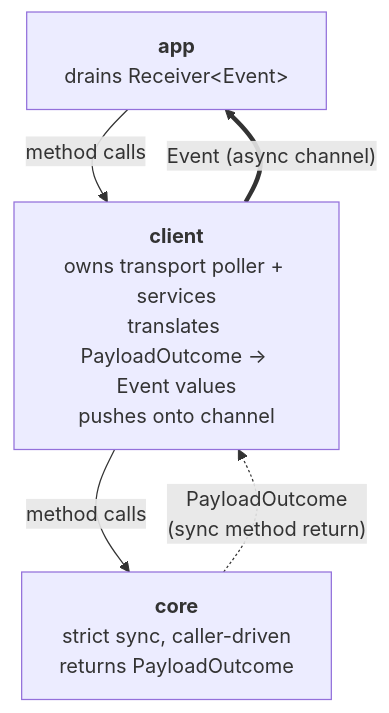
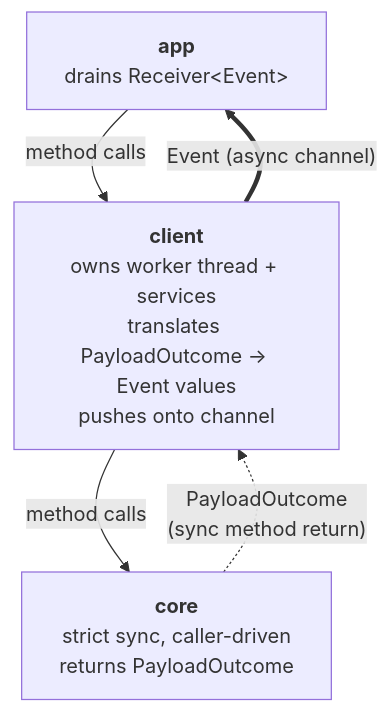
Before and after one commit to logos-messaging/libchat: the first of 2 diagrams in docs/adr/0001-client-event-system.md, drawn with Mermaid. The commit also changed other lines of this file and 19 other files, not shown here.

First line of the commit message:
feat(client): add threaded transport polling

````diff
--- a/docs/adr/0001-client-event-system.md
+++ b/docs/adr/0001-client-event-system.md
@@ -26,11 +26,11 @@
 ```mermaid
 flowchart TB
     A["<b>app</b><br/>drains Receiver&lt;Event&gt;"]
-    B["<b>client</b><br/>owns transport poller + services<br/>translates PayloadOutcome → Event values<br/>pushes onto channel"]
+    B["<b>client</b><br/>owns worker thread + services<br/>translates PayloadOutcome → Event values<br/>pushes onto channel"]
     C["<b>core</b><br/>strict sync, caller-driven<br/>returns PayloadOutcome"]
 
     A -- "method calls" --> B
     B -- "method calls" --> C
     C -.->|"PayloadOutcome<br/>(sync method return)"| B
     B == "Event (async channel)" ==> A
 ```
````
